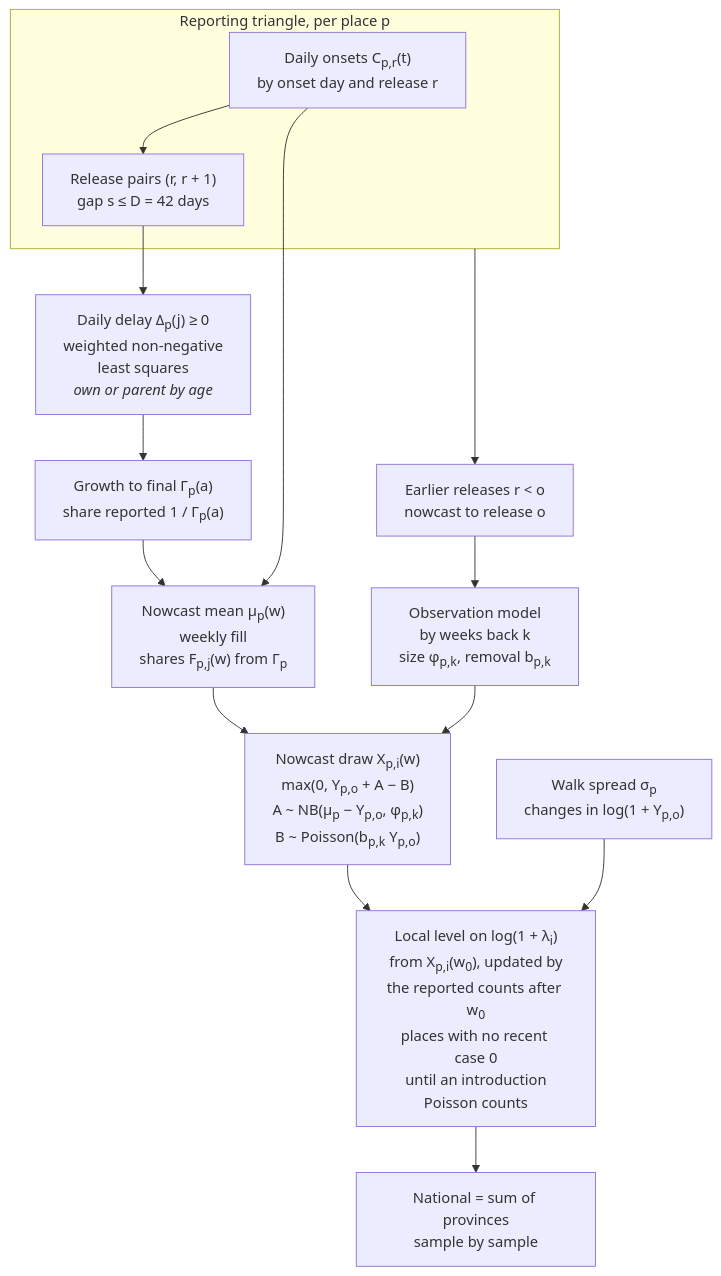
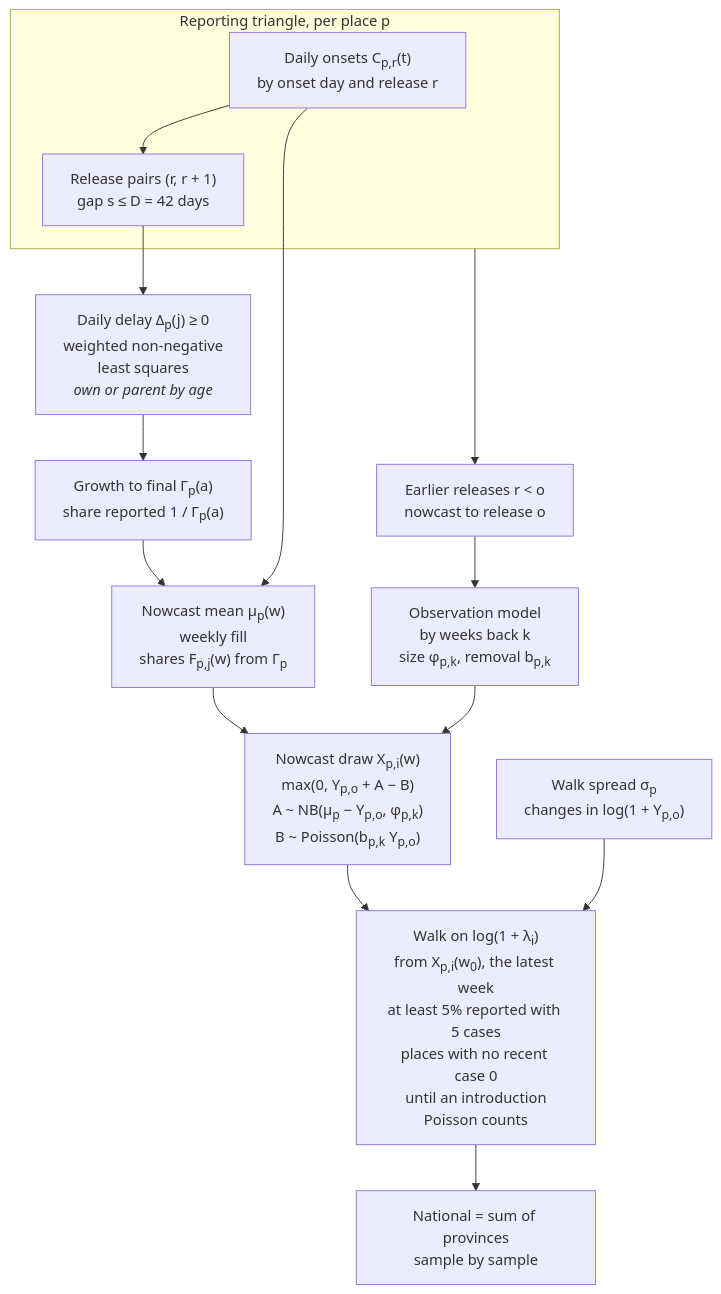
The first of 2 diagrams in docs/methods/baselines.md (seabbs/BDBVHubRenewal), drawn with Mermaid before and after one commit. The commit also changed other lines of this file and 4 other files, not shown here.

First line of the commit message:
feat: let the cut-off week start the walk, at a full-week level

````diff
--- a/docs/methods/baselines.md
+++ b/docs/methods/baselines.md
@@ -27,29 +27,29 @@
 ```mermaid
 flowchart TD
     subgraph TRI["Reporting triangle, per place p"]
         SNAP["Daily onsets C<sub>p,r</sub>(t)<br/>by onset day and release r"]
         PAIR["Release pairs (r, r + 1)<br/>gap s ≤ D = 42 days"]
     end
     DEL["Daily delay Δ<sub>p</sub>(j) ≥ 0<br/>weighted non-negative<br/>least squares<br/><i>own or parent by age</i>"]
     G["Growth to final Γ<sub>p</sub>(a)<br/>share reported 1 / Γ<sub>p</sub>(a)"]
     MU["Nowcast mean μ<sub>p</sub>(w)<br/>weekly fill<br/>shares F<sub>p,j</sub>(w) from Γ<sub>p</sub>"]
     RETRO["Earlier releases r &lt; o<br/>nowcast to release o"]
     OBS["Observation model<br/>by weeks back k<br/>size φ<sub>p,k</sub>, removal b<sub>p,k</sub>"]
     X["Nowcast draw X<sub>p,i</sub>(w)<br/>max(0, Y<sub>p,o</sub> + A − B)<br/>A ~ NB(μ<sub>p</sub> − Y<sub>p,o</sub>, φ<sub>p,k</sub>)<br/>B ~ Poisson(b<sub>p,k</sub> Y<sub>p,o</sub>)"]
     SIG["Walk spread σ<sub>p</sub><br/>changes in log(1 + Y<sub>p,o</sub>)"]
-    W["Local level on log(1 + λ<sub>i</sub>)<br/>from X<sub>p,i</sub>(w<sub>0</sub>), updated by<br/>the reported counts after w<sub>0</sub><br/>places with no recent case 0<br/>until an introduction<br/>Poisson counts"]
+    W["Walk on log(1 + λ<sub>i</sub>)<br/>from X<sub>p,i</sub>(w<sub>0</sub>), the latest week<br/>at least 5% reported with 5 cases<br/>places with no recent case 0<br/>until an introduction<br/>Poisson counts"]
     NAT["National = sum of provinces<br/>sample by sample"]
 
     SNAP --> PAIR
     PAIR --> DEL
     DEL --> G
     G --> MU
     SNAP --> MU
     TRI --> RETRO
     RETRO --> OBS
     MU --> X
     OBS --> X
     X --> W
     SIG --> W
     W --> NAT
 ```
````
